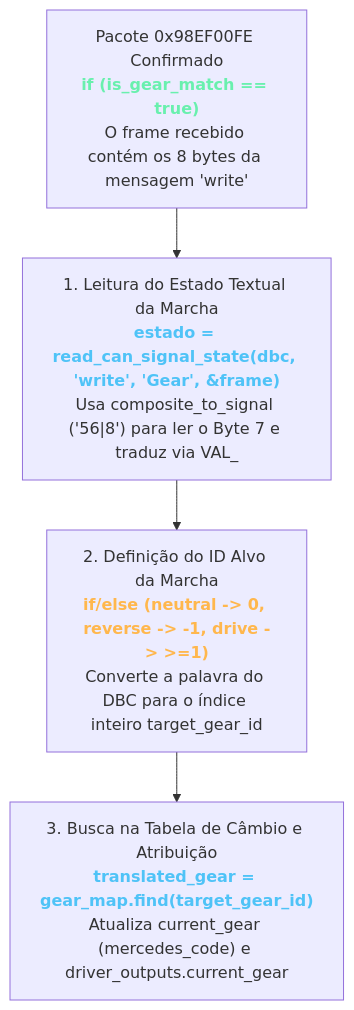
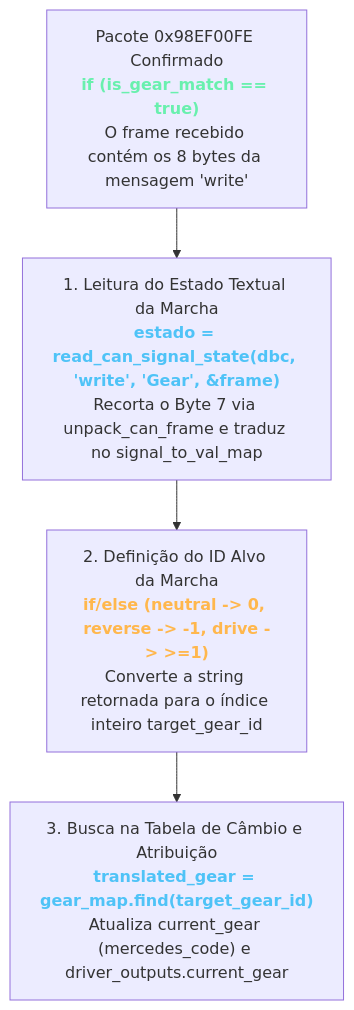
Before and after one commit to BrenoCSilva/lume: the second of 2 diagrams in README.md, drawn with Mermaid. The commit also changed other lines of this file, not shown here.

````diff
--- a/README.md
+++ b/README.md
@@ -307,10 +402,10 @@
 ```mermaid
 flowchart TD
     MATCH["Pacote 0x98EF00FE Confirmado<br/><b style='color:#69f0ae'>if (is_gear_match == true)</b><br/>O frame recebido contém os 8 bytes da mensagem 'write'"]
 
-    MATCH --> STATE["1. Leitura do Estado Textual da Marcha<br/><b style='color:#4fc3f7'>estado = read_can_signal_state(dbc, 'write', 'Gear', &frame)</b><br/>Usa composite_to_signal ('56|8') para ler o Byte 7 e traduz via VAL_"]
+    MATCH --> STATE["1. Leitura do Estado Textual da Marcha<br/><b style='color:#4fc3f7'>estado = read_can_signal_state(dbc, 'write', 'Gear', &frame)</b><br/>Recorta o Byte 7 via unpack_can_frame e traduz no signal_to_val_map"]
 
-    STATE --> TARGET["2. Definição do ID Alvo da Marcha<br/><b style='color:#ffb74d'>if/else (neutral -> 0, reverse -> -1, drive -> >=1)</b><br/>Converte a palavra do DBC para o índice inteiro target_gear_id"]
+    STATE --> TARGET["2. Definição do ID Alvo da Marcha<br/><b style='color:#ffb74d'>if/else (neutral -> 0, reverse -> -1, drive -> >=1)</b><br/>Converte a string retornada para o índice inteiro target_gear_id"]
 
     TARGET --> MAP["3. Busca na Tabela de Câmbio e Atribuição<br/><b style='color:#4fc3f7'>translated_gear = gear_map.find(target_gear_id)</b><br/>Atualiza current_gear (mercedes_code) e driver_outputs.current_gear"]
 ```
````
